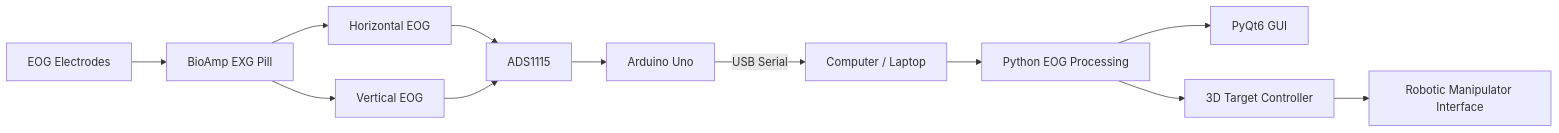
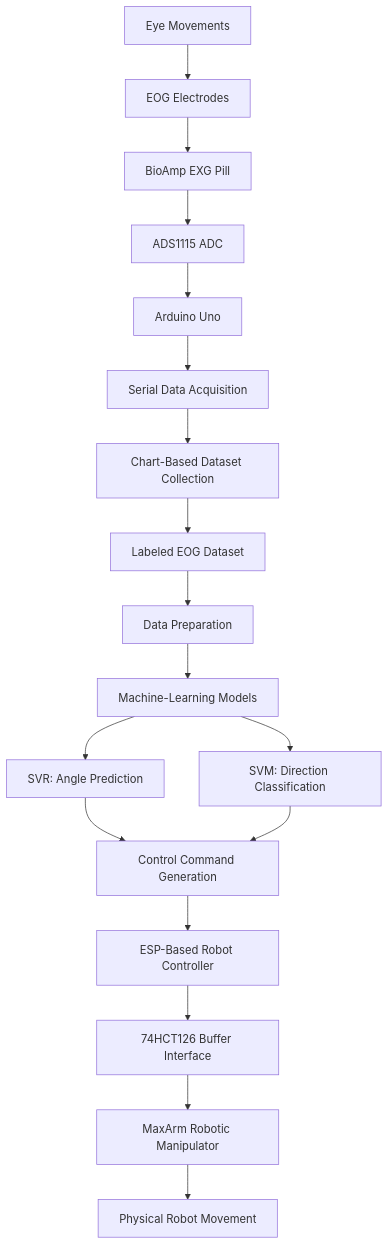
The diagram in README.md (Victus1106/BE_Project_2026_2027), drawn with Mermaid before and after one commit. The commit also changed other lines of this file, not shown here.

````diff
--- a/README.md
+++ b/README.md
@@ -432,23 +92,20 @@
 ```mermaid
-flowchart LR
-
-    A["EOG Electrodes"] --> B["BioAmp EXG Pill"]
-
-    B --> C["Horizontal EOG"]
-    B --> D["Vertical EOG"]
-
-    C --> E["ADS1115"]
-    D --> E
-
-    E --> F["Arduino Uno"]
-
-    F -->|"USB Serial"| G["Computer / Laptop"]
-
-    G --> H["Python EOG Processing"]
-
-    H --> I["PyQt6 GUI"]
-
-    H --> J["3D Target Controller"]
-
-    J --> K["Robotic Manipulator Interface"]
+flowchart TD
+    A["Eye Movements"] --> B["EOG Electrodes"]
+    B --> C["BioAmp EXG Pill"]
+    C --> D["ADS1115 ADC"]
+    D --> E["Arduino Uno"]
+    E --> F["Serial Data Acquisition"]
+    F --> G["Chart-Based Dataset Collection"]
+    G --> H["Labeled EOG Dataset"]
+    H --> I["Data Preparation"]
+    I --> J["Machine-Learning Models"]
+    J --> K["SVR: Angle Prediction"]
+    J --> L["SVM: Direction Classification"]
+    K --> M["Control Command Generation"]
+    L --> M
+    M --> N["ESP-Based Robot Controller"]
+    N --> O["74HCT126 Buffer Interface"]
+    O --> P["MaxArm Robotic Manipulator"]
+    P --> Q["Physical Robot Movement"]
 ```
````
